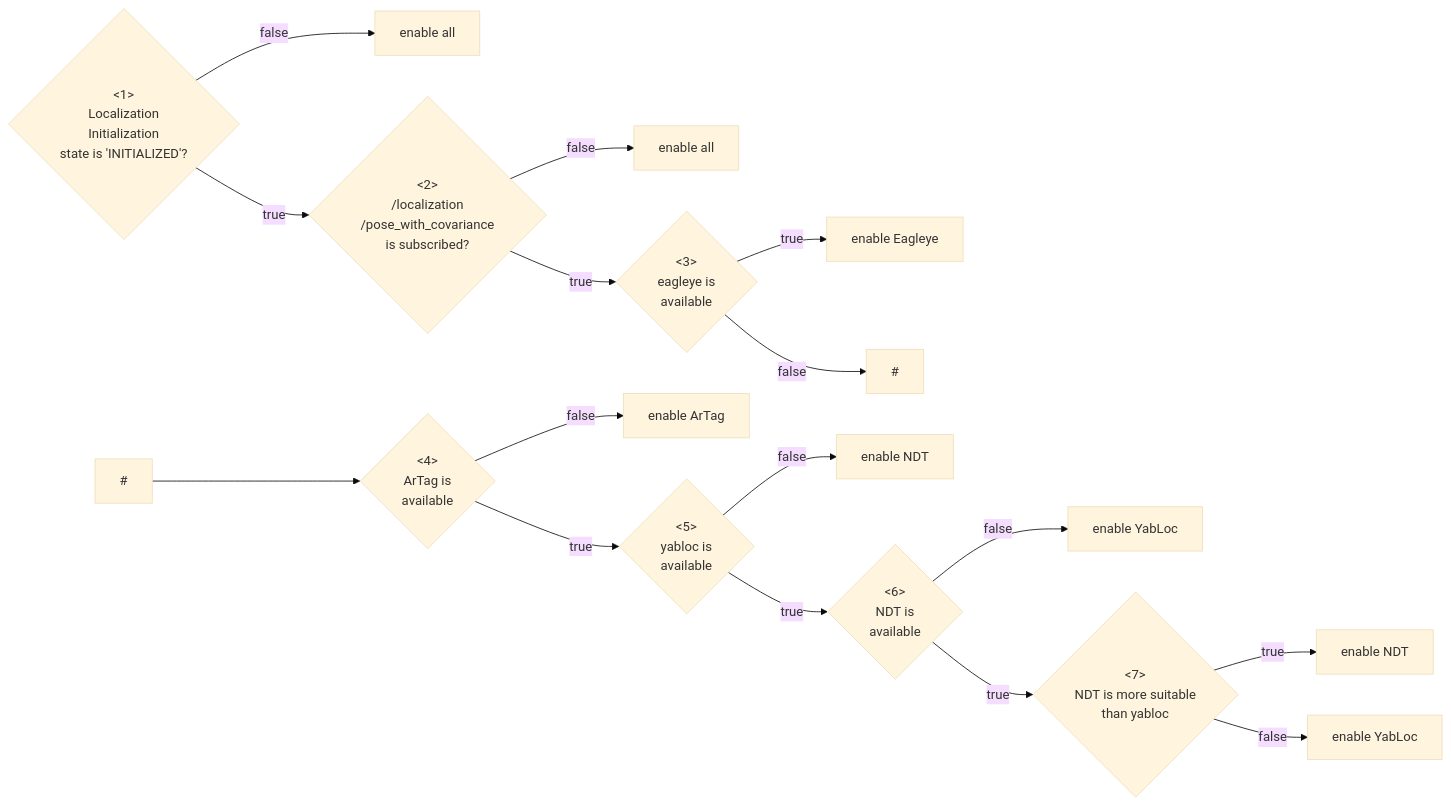
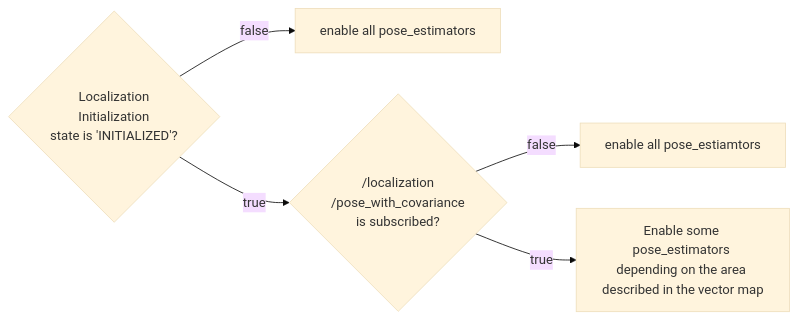
The diagram in localization/pose_estimator_arbiter/README.md (autowarefoundation/autoware.universe), drawn with Mermaid (base theme) before and after one commit. The commit also changed other lines of this file and 2 other files, not shown here.

````diff
--- a/localization/pose_estimator_arbiter/README.md
+++ b/localization/pose_estimator_arbiter/README.md
@@ -196,20 +192,8 @@
 ```mermaid
 flowchart LR
-  A{<1>\nLocalization\n Initialization\n state is 'INITIALIZED'?}
-  A --false --> _A[enable all]
-  A --true --> B{<2>\n/localization\n/pose_with_covariance\n is subscribed?}
-  B -- false --> _B[enable all]
-  B -- true --> C{<3>\neagleye is\navailable}
-  C -- true --> _C[enable Eagleye]
-  C -- false --> D[#]
-
-  D'[#] --> D''{<4>\nArTag is\navailable}
-  D'' -- false --> _D[enable ArTag]
-  D'' -- true --> E{<5>\nyabloc is\navailable}
-  E -- false --> _E[enable NDT]
-  E -- true --> F{<6>\nNDT is\navailable}
-  F -- false --> _F[enable YabLoc]
-  F -- true --> G{<7>\nNDT is more suitable\nthan yabloc}
-  G -- true --> _G[enable NDT]
-  G -- false --> __G[enable YabLoc]
+  A{Localization\n Initialization\n state is 'INITIALIZED'?}
+  A --false --> _A[enable all pose_estimators]
+  A --true --> B{/localization\n/pose_with_covariance\n is subscribed?}
+  B -- false --> _B[enable all pose_estiamtors]
+  B -- true --> C[Enable some pose_estimators depending on the area described in the vector map]
 ```
````
